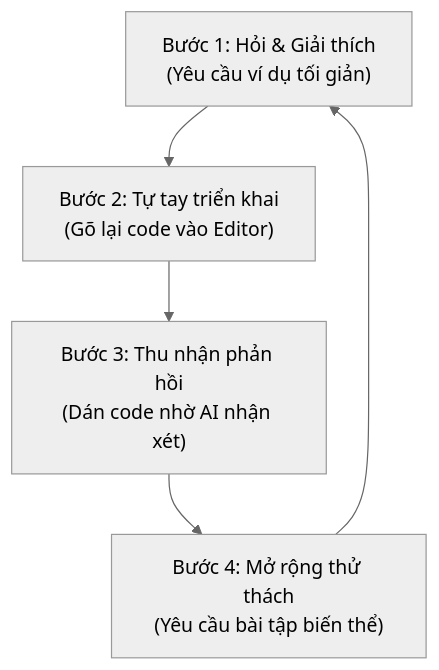
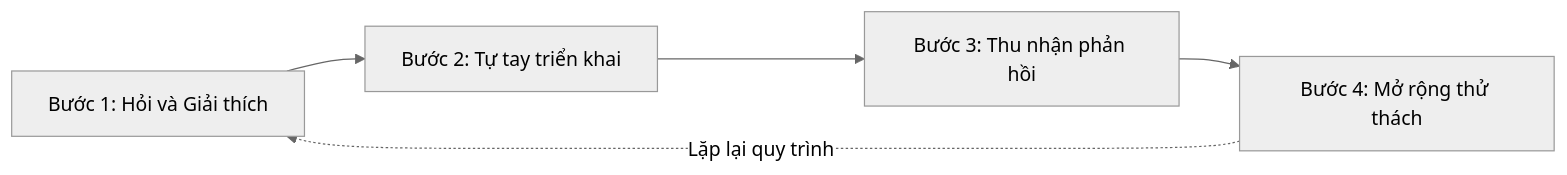
One commit to nguyengoctin/my_website changed the first of 2 diagrams in content/posts/prompts-and-mindset-web-dev-with-ai-sidekick.md. Above: the diagram before and after it, drawn with Mermaid (neutral theme). The commit also changed other lines of this file and 49 other files, not shown here.

````diff
--- a/content/posts/prompts-and-mindset-web-dev-with-ai-sidekick.md
+++ b/content/posts/prompts-and-mindset-web-dev-with-ai-sidekick.md
@@ -80,7 +80,7 @@
 ```mermaid
-graph TD
-    A["Bước 1: Hỏi & Giải thích<br>(Yêu cầu ví dụ tối giản)"] --> B["Bước 2: Tự tay triển khai<br>(Gõ lại code vào Editor)"]
-    B --> C["Bước 3: Thu nhận phản hồi<br>(Dán code nhờ AI nhận xét)"]
-    C --> D["Bước 4: Mở rộng thử thách<br>(Yêu cầu bài tập biến thể)"]
-    D --> A
+flowchart LR
+    A["Bước 1: Hỏi và Giải thích"] --> B["Bước 2: Tự tay triển khai"]
+    B --> C["Bước 3: Thu nhận phản hồi"]
+    C --> D["Bước 4: Mở rộng thử thách"]
+    D -. Lặp lại quy trình .-> A
 ```
````
